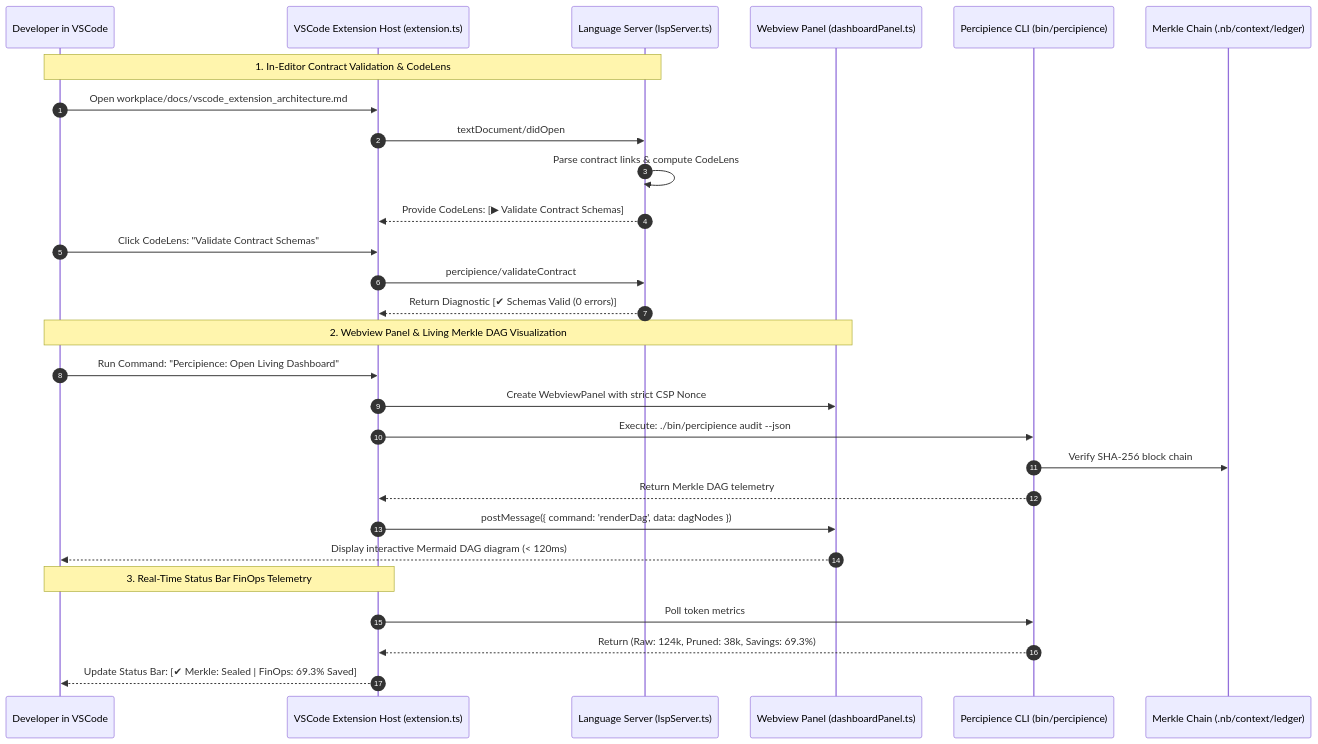
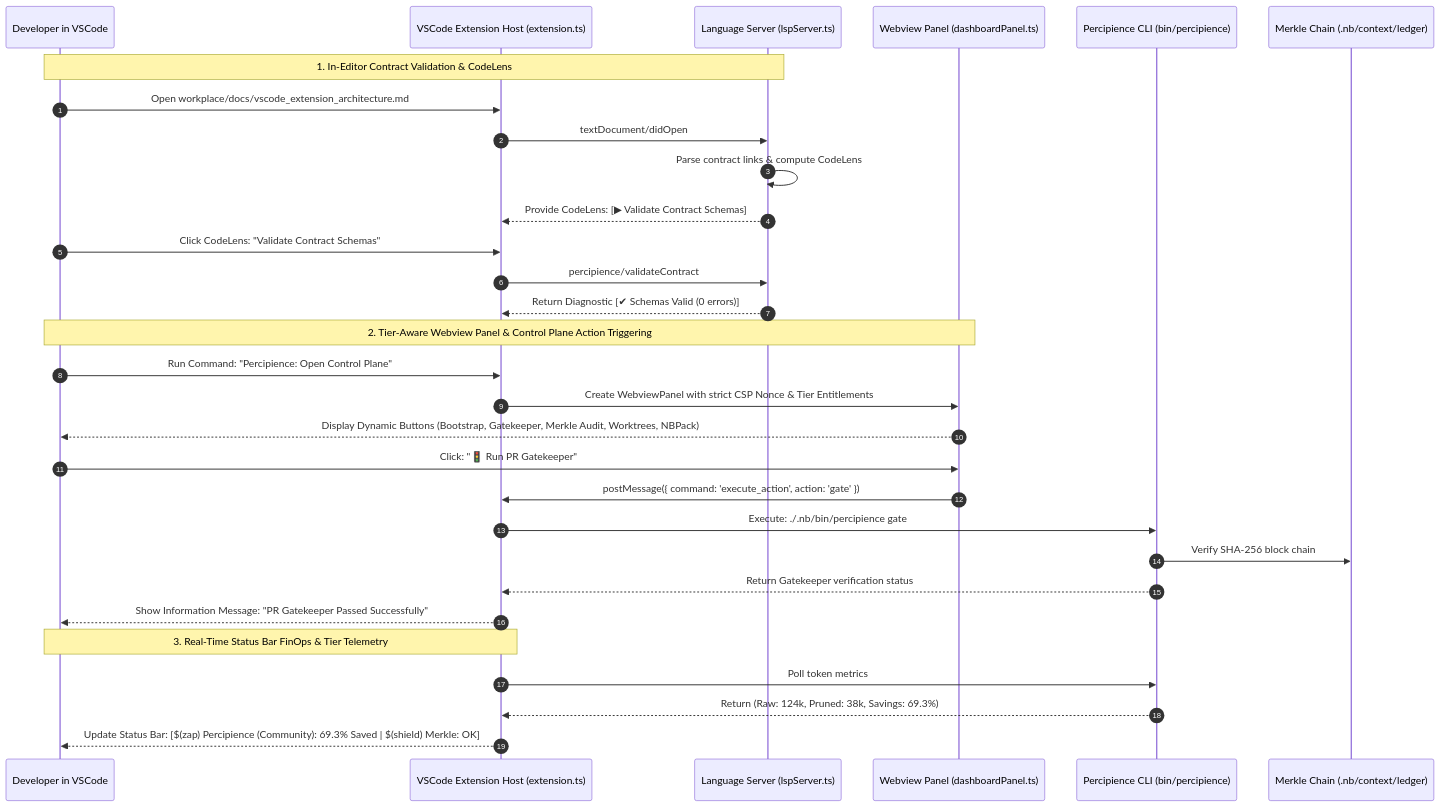
The first of 2 diagrams in .nb/plan/l1/vscode-plugin/detailed.md (lakhwindersingh/nb_fairyfly), drawn with Mermaid before and after one commit. The commit also changed other lines of this file and 50 other files, not shown here.

````diff
--- a/.nb/plan/l1/vscode-plugin/detailed.md
+++ b/.nb/plan/l1/vscode-plugin/detailed.md
@@ -218,33 +223,35 @@
 ```mermaid
 sequenceDiagram
   autonumber
   participant Dev as Developer in VSCode
   participant Host as VSCode Extension Host (extension.ts)
   participant LSP as Language Server (lspServer.ts)
   participant Webview as Webview Panel (dashboardPanel.ts)
   participant Daemon as Percipience CLI (bin/percipience)
   participant Ledger as Merkle Chain (.nb/context/ledger)
 
   Note over Dev,LSP: 1. In-Editor Contract Validation & CodeLens
   Dev->>Host: Open workplace/docs/vscode_extension_architecture.md
   Host->>LSP: textDocument/didOpen
   LSP->>LSP: Parse contract links & compute CodeLens
   LSP-->>Host: Provide CodeLens: [▶ Validate Contract Schemas]
   Dev->>Host: Click CodeLens: "Validate Contract Schemas"
   Host->>LSP: percipience/validateContract
   LSP-->>Host: Return Diagnostic [✔ Schemas Valid (0 errors)]
 
-  Note over Dev,Webview: 2. Webview Panel & Living Merkle DAG Visualization
-  Dev->>Host: Run Command: "Percipience: Open Living Dashboard"
-  Host->>Webview: Create WebviewPanel with strict CSP Nonce
-  Host->>Daemon: Execute: ./bin/percipience audit --json
+  Note over Dev,Webview: 2. Tier-Aware Webview Panel & Control Plane Action Triggering
+  Dev->>Host: Run Command: "Percipience: Open Control Plane"
+  Host->>Webview: Create WebviewPanel with strict CSP Nonce & Tier Entitlements
+  Webview-->>Dev: Display Dynamic Buttons (Bootstrap, Gatekeeper, Merkle Audit, Worktrees, NBPack)
+  Dev->>Webview: Click: "🚦 Run PR Gatekeeper"
+  Webview->>Host: postMessage({ command: 'execute_action', action: 'gate' })
+  Host->>Daemon: Execute: ./.nb/bin/percipience gate
   Daemon->>Ledger: Verify SHA-256 block chain
-  Daemon-->>Host: Return Merkle DAG telemetry
-  Host->>Webview: postMessage({ command: 'renderDag', data: dagNodes })
-  Webview-->>Dev: Display interactive Mermaid DAG diagram (< 120ms)
+  Daemon-->>Host: Return Gatekeeper verification status
+  Host-->>Dev: Show Information Message: "PR Gatekeeper Passed Successfully"
 
-  Note over Dev,Host: 3. Real-Time Status Bar FinOps Telemetry
+  Note over Dev,Host: 3. Real-Time Status Bar FinOps & Tier Telemetry
   Host->>Daemon: Poll token metrics
   Daemon-->>Host: Return (Raw: 124k, Pruned: 38k, Savings: 69.3%)
-  Host-->>Dev: Update Status Bar: [✔ Merkle: Sealed | FinOps: 69.3% Saved]
+  Host-->>Dev: Update Status Bar: [$(zap) Percipience (Community): 69.3% Saved | $(shield) Merkle: OK]
 ```
````
